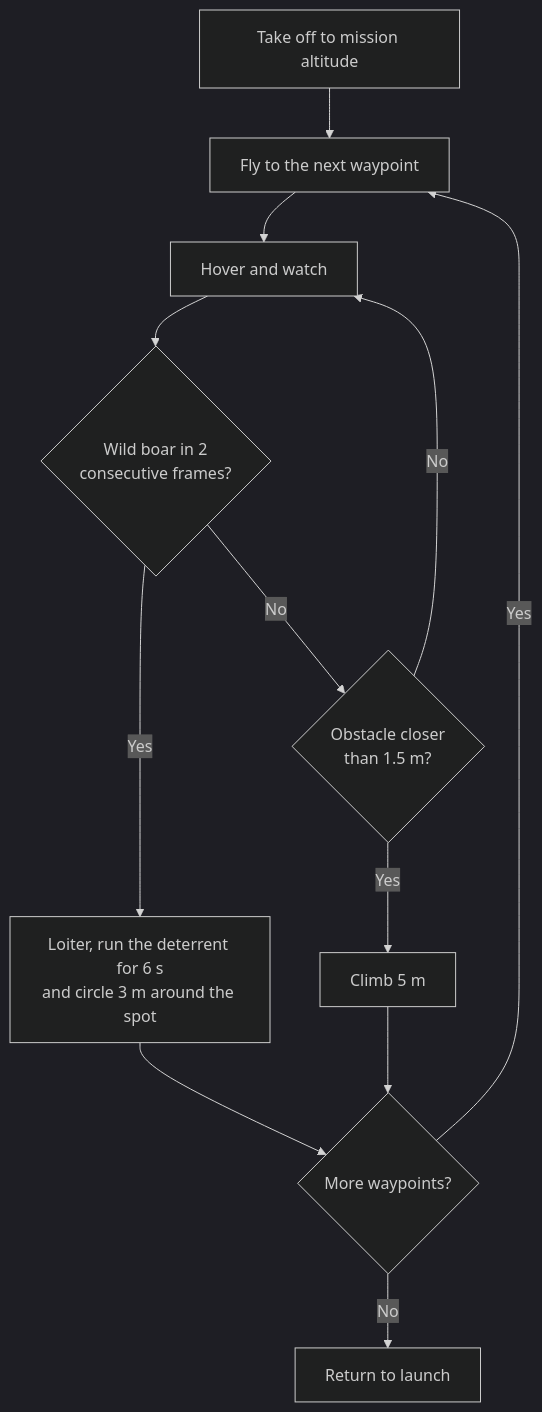
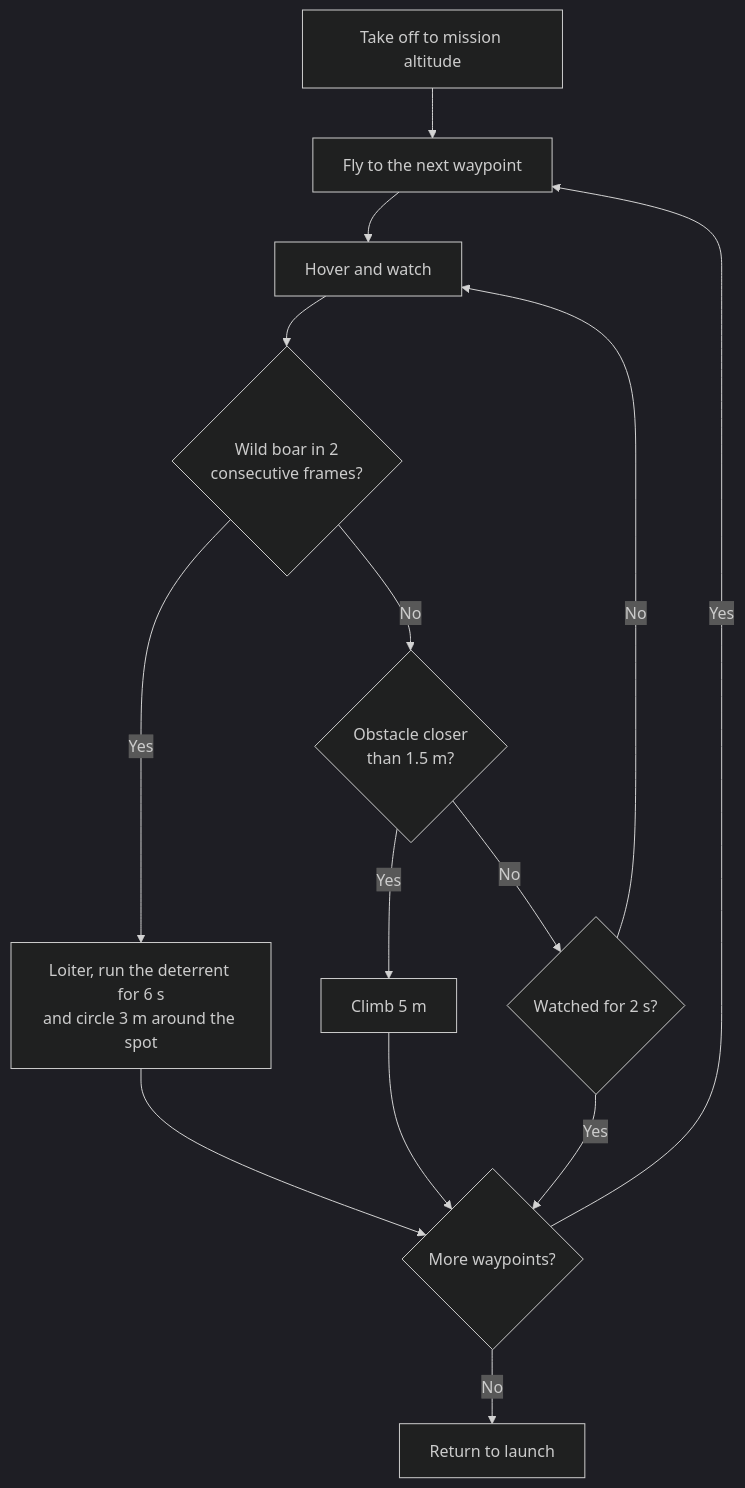
One commit to kevinbenty/autonomous-drone-wild-boar-detection changed the second of 2 diagrams in README.md. Above: the diagram before and after it, drawn with Mermaid (dark theme). The commit also changed other lines of this file, not shown here.

Commit message:
Update settings explanation in README
Clarify settings description in README.md.

````diff
--- a/README.md
+++ b/README.md
@@ -20,14 +20,16 @@
 ```mermaid
 flowchart TD
     A[Take off to mission altitude] --> B[Fly to the next waypoint]
     B --> C[Hover and watch]
     C --> D{"Wild boar in 2<br/>consecutive frames?"}
     D -- Yes --> E["Loiter, run the deterrent for 6 s<br/>and circle 3 m around the spot"]
     D -- No --> G{"Obstacle closer<br/>than 1.5 m?"}
     G -- Yes --> H[Climb 5 m]
-    G -- No --> C
+    G -- No --> T{"Watched for 2 s?"}
+    T -- No --> C
+    T -- Yes --> F
     E --> F{More waypoints?}
     H --> F
     F -- Yes --> B
     F -- No --> I[Return to launch]
 ```
````
